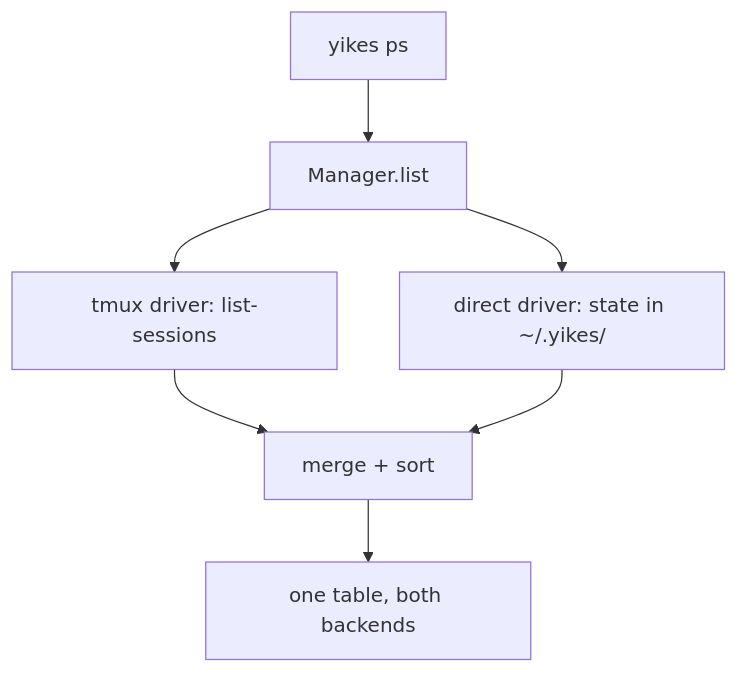
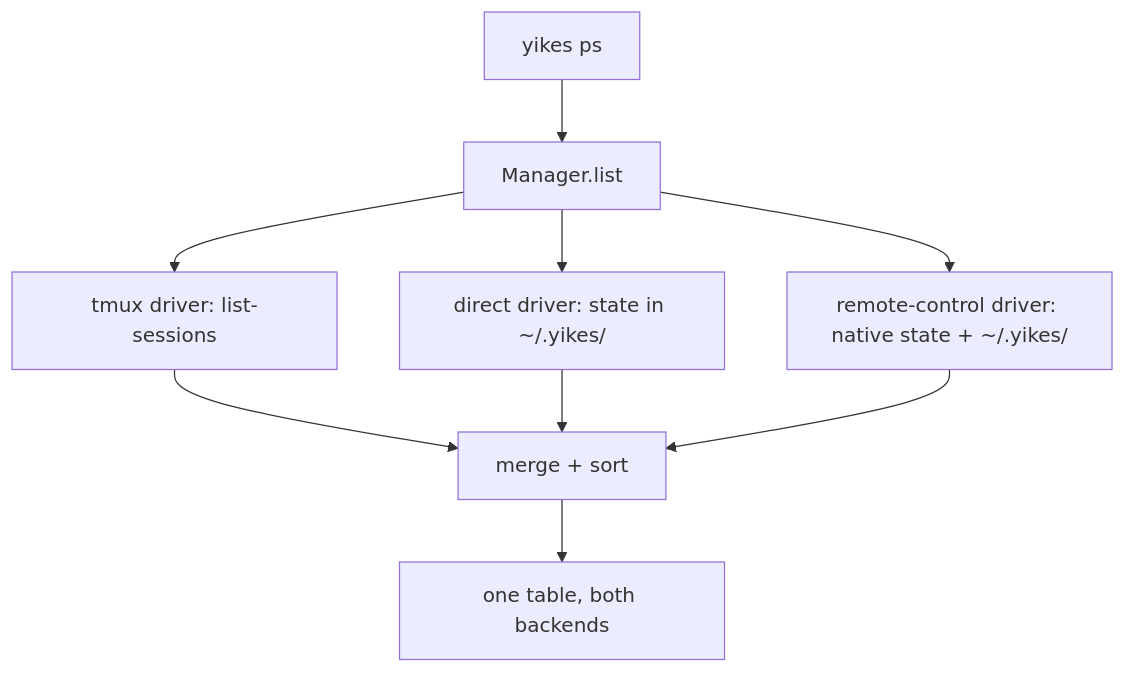
One commit to Alyxion/yikes changed the seventh of 7 diagrams in docs/architecture.md. Above: the diagram before and after it, drawn with Mermaid. The commit also changed other lines of this file and 9 other files, not shown here.

````diff
--- a/docs/architecture.md
+++ b/docs/architecture.md
@@ -307,9 +352,11 @@
 ```mermaid
 flowchart TB
     user["yikes ps"] --> mgr[Manager.list]
     mgr --> tdrv[tmux driver: list-sessions]
     mgr --> ddrv["direct driver: state in ~/.yikes/"]
+    mgr --> rdrv["remote-control driver: native state + ~/.yikes/"]
     tdrv --> merge[merge + sort]
     ddrv --> merge
+    rdrv --> merge
     merge --> table["one table, both backends"]
 ```
````
